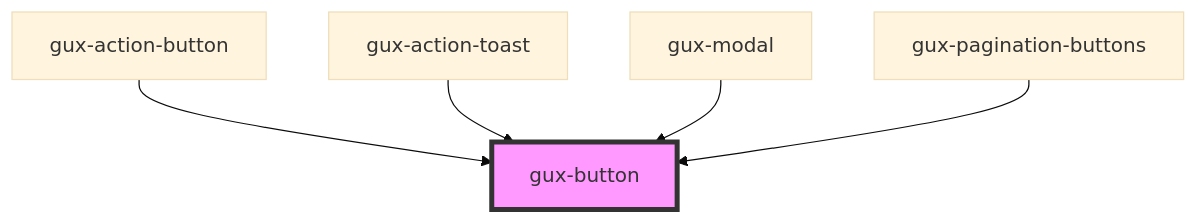
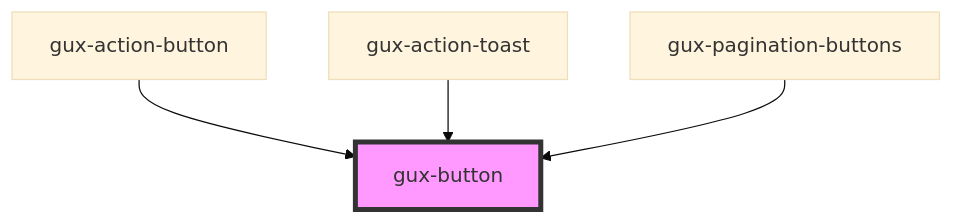
Before and after one commit to MyPureCloud/genesys-spark: the diagram in src/components/gux-button/readme.md, drawn with Mermaid (base theme). The commit also changed other lines of this file and 15 other files, not shown here.

First line of the commit message:
improvement(gux-modal): updated public api

````diff
--- a/src/components/gux-button/readme.md
+++ b/src/components/gux-button/readme.md
@@ -28,8 +27,7 @@
 ```mermaid
 graph TD;
   gux-action-button --> gux-button
   gux-action-toast --> gux-button
-  gux-modal --> gux-button
   gux-pagination-buttons --> gux-button
   style gux-button fill:#f9f,stroke:#333,stroke-width:4px
 ```
````
